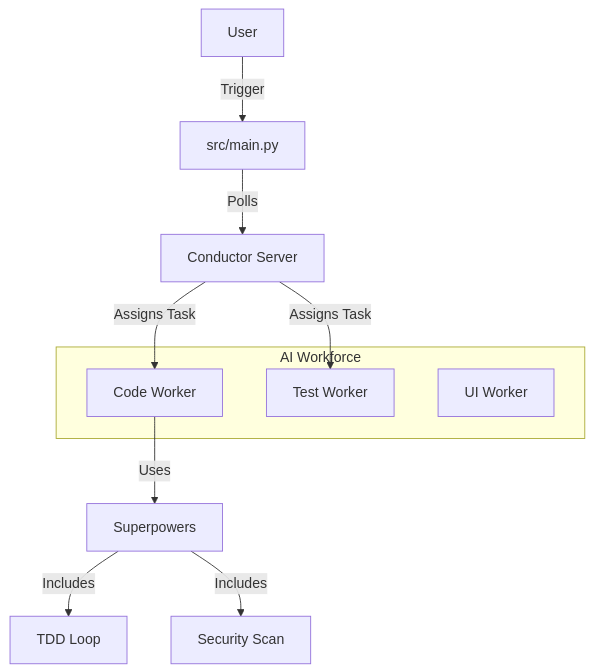
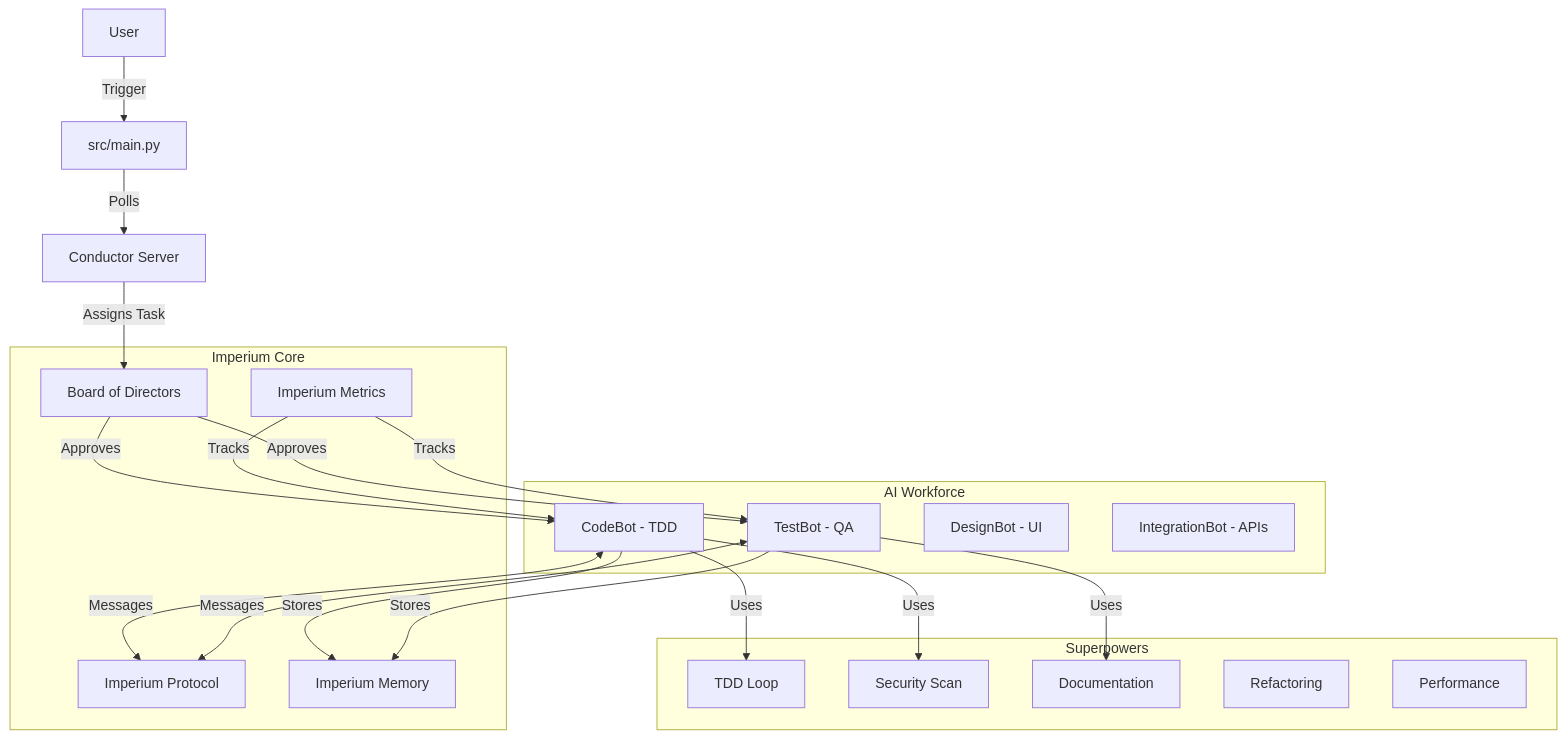
The diagram in README.md (nacerdz20/Imperium-Flow), drawn with Mermaid before and after one commit. The commit also changed other lines of this file and 14 other files, not shown here.

````diff
--- a/README.md
+++ b/README.md
@@ -17,18 +17,44 @@
 ```mermaid
 graph TD
     User[User] -->|Trigger| Main[src/main.py]
     Main -->|Polls| Conductor[Conductor Server]
     
-    subgraph "AI Workforce"
-        CodeBot[Code Worker]
-        TestBot[Test Worker]
-        DesignBot[UI Worker]
+    subgraph "Imperium Core"
+        Board[Board of Directors]
+        Protocol[Imperium Protocol]
+        Memory[Imperium Memory]
+        Metrics[Imperium Metrics]
     end
     
-    Conductor -->|Assigns Task| CodeBot
-    Conductor -->|Assigns Task| TestBot
+    subgraph "AI Workforce"
+        CodeBot[CodeBot - TDD]
+        TestBot[TestBot - QA]
+        DesignBot[DesignBot - UI]
+        IntBot[IntegrationBot - APIs]
+    end
     
-    CodeBot -->|Uses| Skills[Superpowers]
-    Skills -->|Includes| TDD[TDD Loop]
-    Skills -->|Includes| Security[Security Scan]
+    subgraph "Superpowers"
+        TDD[TDD Loop]
+        Security[Security Scan]
+        Docs[Documentation]
+        Refactor[Refactoring]
+        Perf[Performance]
+    end
+    
+    Conductor -->|Assigns Task| Board
+    Board -->|Approves| CodeBot
+    Board -->|Approves| TestBot
+    
+    CodeBot <-->|Messages| Protocol
+    TestBot <-->|Messages| Protocol
+    
+    CodeBot -->|Stores| Memory
+    TestBot -->|Stores| Memory
+    
+    CodeBot -->|Uses| TDD
+    CodeBot -->|Uses| Security
+    TestBot -->|Uses| Docs
+    
+    Metrics -->|Tracks| CodeBot
+    Metrics -->|Tracks| TestBot
 ```
````
